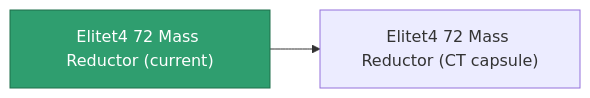
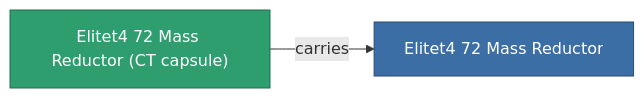
The diagram in content/content/items/elitet4_72_mass_reductor.md (OpenPerpetuum/Wiki), drawn with Mermaid before and after one commit. The commit also changed other lines of this file and 2015 other files, not shown here.

````diff
--- a/content/content/items/elitet4_72_mass_reductor.md
+++ b/content/content/items/elitet4_72_mass_reductor.md
@@ -36,8 +36,9 @@
 ```mermaid
 graph LR
-    a["Elitet4 72 Mass Reductor (current)"]:::current
-    b["Elitet4 72 Mass Reductor (CT capsule)"]
-    a --> b
-    click b "/content/items/elitet4-72-mass-reductor-ct-capsule/" "Elitet4 72 Mass Reductor (CT capsule)"
+    a["Elitet4 72 Mass Reductor (CT capsule)"]:::current
+    b["Elitet4 72 Mass Reductor"]:::finished
+    a -->|carries| b
+                click b "/content/items/elitet4-72-mass-reductor/" "Elitet4 72 Mass Reductor"
     classDef current fill:#2f9e6f,stroke:#1f6f4a,color:#ffffff
+    classDef finished fill:#3b6ea5,stroke:#274a75,color:#ffffff
 ```
````
